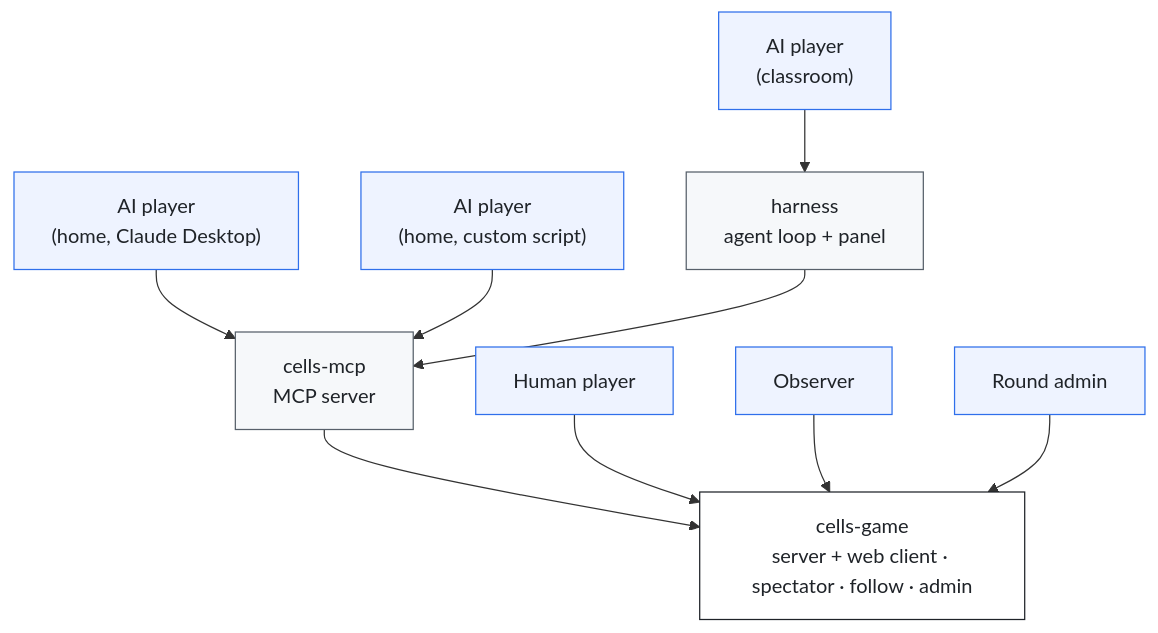
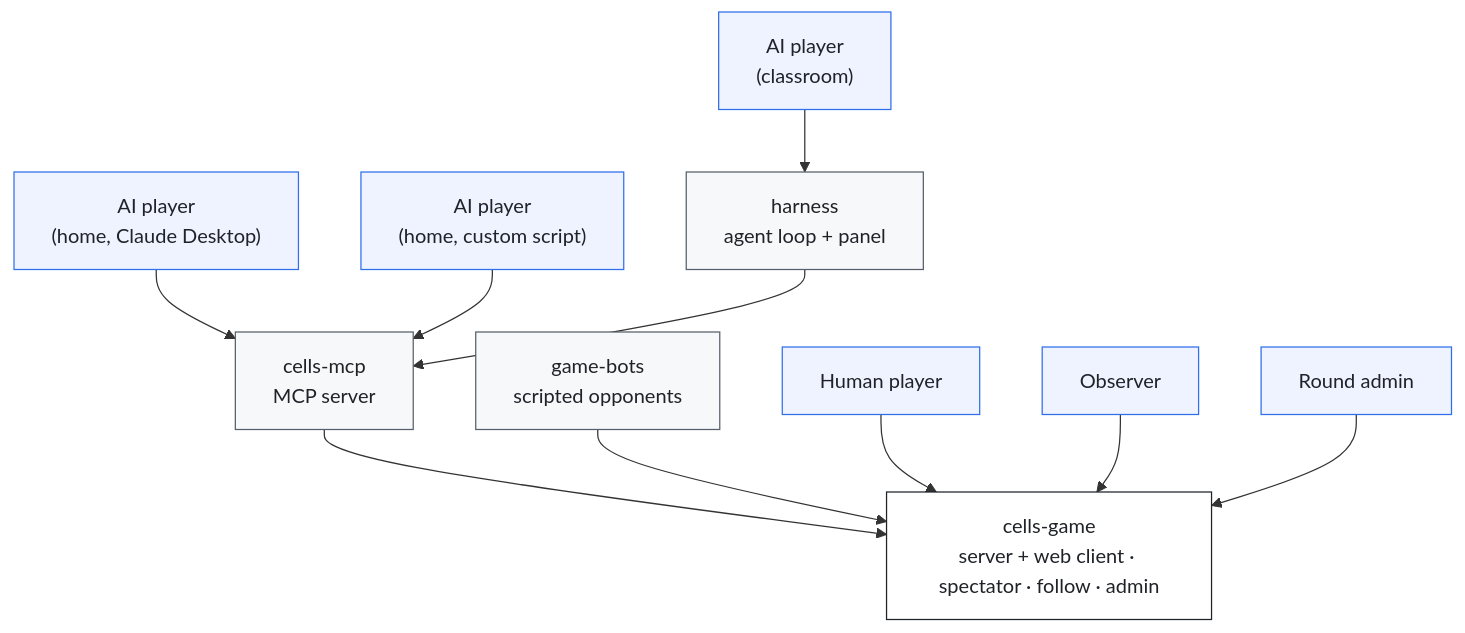
One commit to cellagents/cellagents.dev changed the first of 2 diagrams in developers.md. Above: the diagram before and after it, drawn with Mermaid. The commit also changed other lines of this file and 16 other files, not shown here.

```diff
--- a/developers.md
+++ b/developers.md
@@ -35,28 +59,30 @@
 <div class="mermaid">
 flowchart TD
     classDef user fill:#eef3ff,stroke:#2f6feb,color:#1f2328
     classDef comp fill:#f6f8fa,stroke:#57606a,color:#1f2328
     classDef infra fill:#fff,stroke:#1f2328,color:#1f2328
 
     AIClass["AI player<br/>(classroom)"]:::user
     AIHomeMCP["AI player<br/>(home, Claude Desktop)"]:::user
     AIHomeScript["AI player<br/>(home, custom script)"]:::user
     Human["Human player"]:::user
     Observer["Observer"]:::user
     Admin["Round admin"]:::user
 
     Harness["harness<br/>agent loop + panel"]:::comp
     MCP["cells-mcp<br/>MCP server"]:::comp
+    Bots["game-bots<br/>scripted opponents"]:::comp
 
     Game["cells-game<br/>server + web client · spectator · follow · admin"]:::infra
 
     AIClass --> Harness
     AIHomeMCP --> MCP
     AIHomeScript --> MCP
     Harness --> MCP
     MCP --> Game
+    Bots --> Game
 
     Human --> Game
     Observer --> Game
     Admin --> Game
 </div>
```
